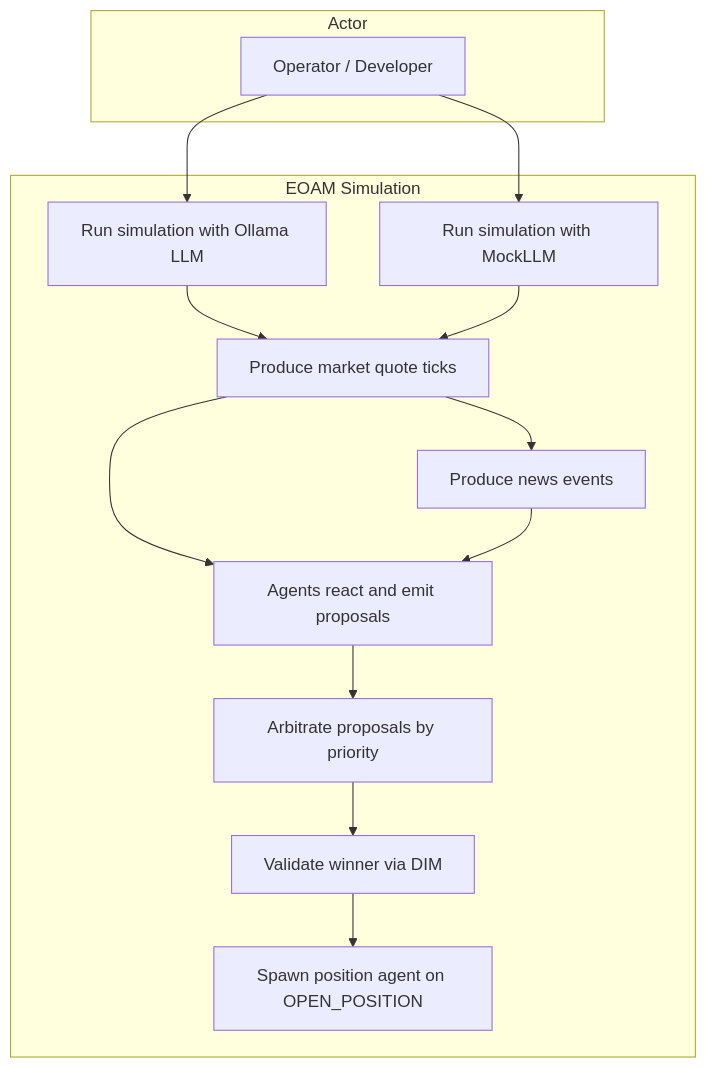
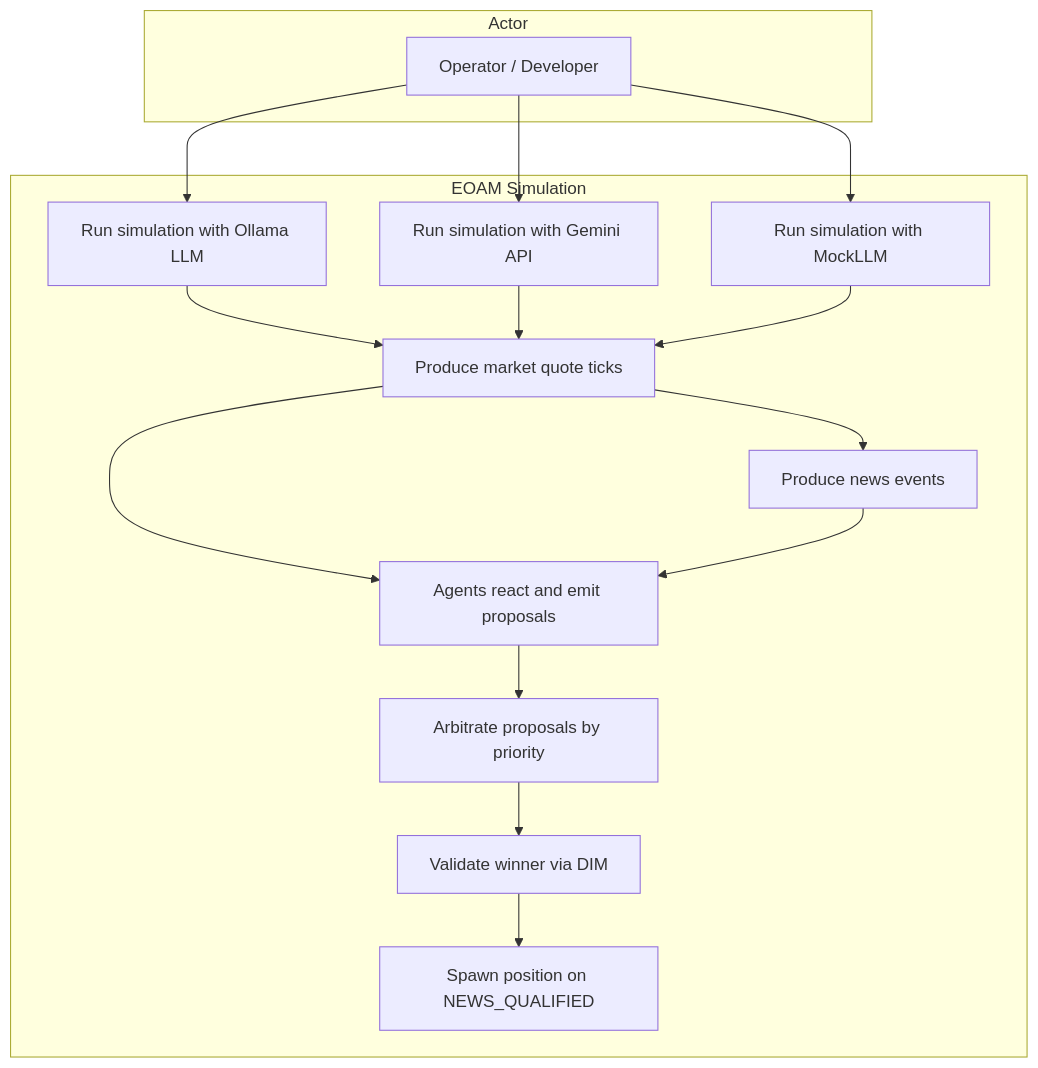
The first of 4 diagrams in samples/31_finance_trading/README.md (huka81/decision-intelligence-runtime), drawn with Mermaid before and after one commit. The commit also changed other lines of this file and 12 other files, not shown here.

````diff
--- a/samples/31_finance_trading/README.md
+++ b/samples/31_finance_trading/README.md
@@ -13,28 +20,31 @@
 ```mermaid
 flowchart TB
     subgraph Actor["Actor"]
         User["Operator / Developer"]
     end
 
     subgraph System["EOAM Simulation"]
         UC1["Run simulation with Ollama LLM"]
+        UC1B["Run simulation with Gemini API"]
         UC2["Run simulation with MockLLM"]
         UC3["Produce market quote ticks"]
         UC4["Produce news events"]
         UC5["Agents react and emit proposals"]
         UC6["Arbitrate proposals by priority"]
         UC7["Validate winner via DIM"]
-        UC8["Spawn position agent on OPEN_POSITION"]
+        UC8["Spawn position on NEWS_QUALIFIED"]
     end
 
     User --> UC1
+    User --> UC1B
     User --> UC2
     UC1 --> UC3
+    UC1B --> UC3
     UC2 --> UC3
     UC3 --> UC4
     UC3 --> UC5
     UC4 --> UC5
     UC5 --> UC6
     UC6 --> UC7
     UC7 --> UC8
 ```
````
